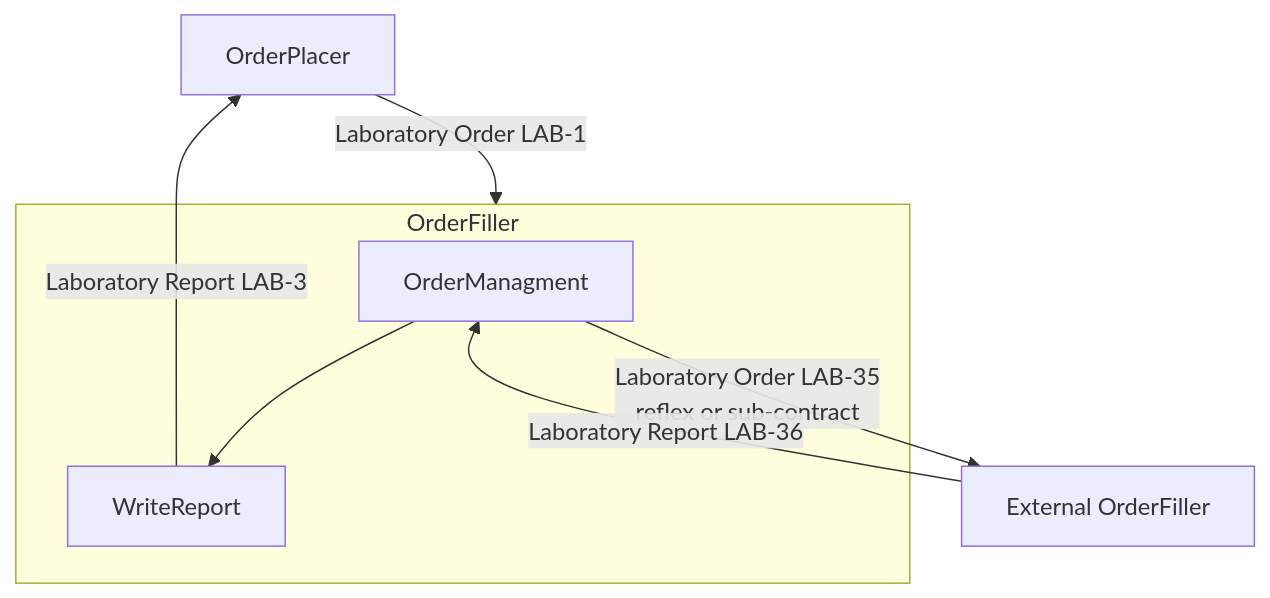
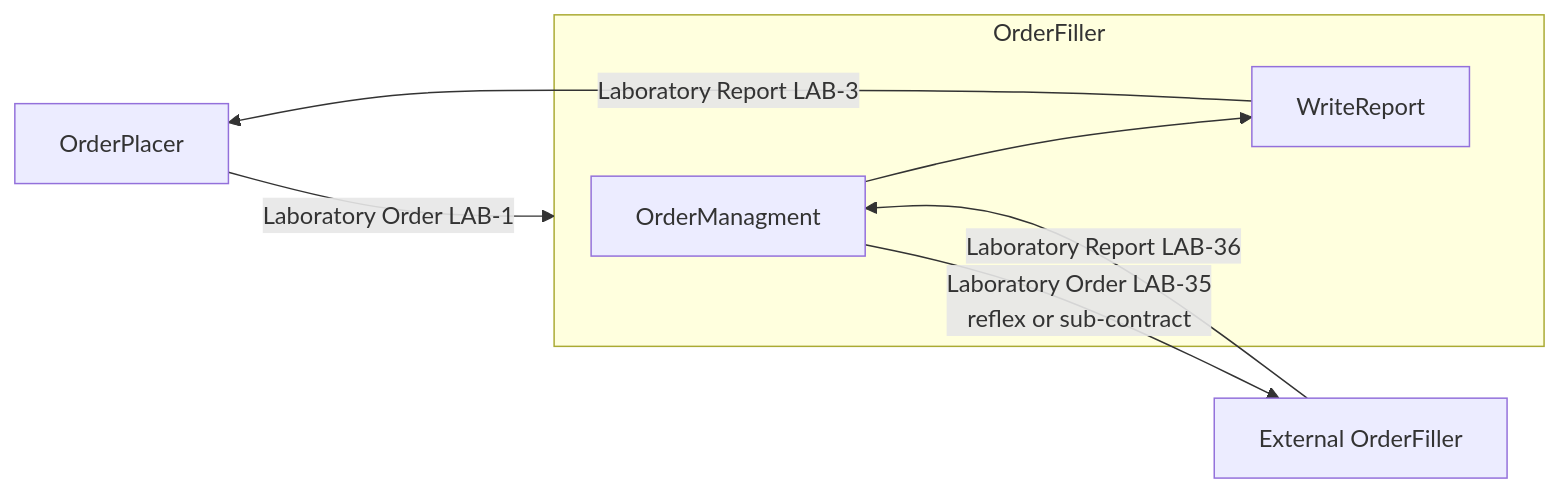
One commit to nw-gmsa/nw-gmsa.github.com changed the first of 10 diagrams in input/pagecontent/ILW.md. Above: the diagram before and after it, drawn with Mermaid.

Commit message:
removed result from ctDNA diagnostic report fsh file

````diff
--- a/input/pagecontent/ILW.md
+++ b/input/pagecontent/ILW.md
@@ -27,27 +27,27 @@
 ```mermaid
-graph TD;
+graph LR;
 
     OrderPlacer
 
     subgraph OrderFiller;
         
 
         OrderManagment --> WriteReport
     end
 
     ExtOrderPlacer[External OrderFiller] 
     OrderManagment --> |"Laboratory Order LAB-35<br/>reflex or sub-contract"| ExtOrderPlacer
     ExtOrderPlacer --> |Laboratory Report LAB-36| OrderManagment 
 
     OrderPlacer --> |Laboratory Order LAB-1| OrderFiller
     WriteReport --> |Laboratory Report LAB-3| OrderPlacer
 
     classDef purple fill:#E1D5E7;
 
     classDef yellow fill:#FFF2CC;
     classDef pink fill:#F8CECC
     classDef green fill:#D5E8D4;
     classDef blue fill:#DAE8FC;
     classDef orange fill:#FFE6CC;
 
 ```
````
